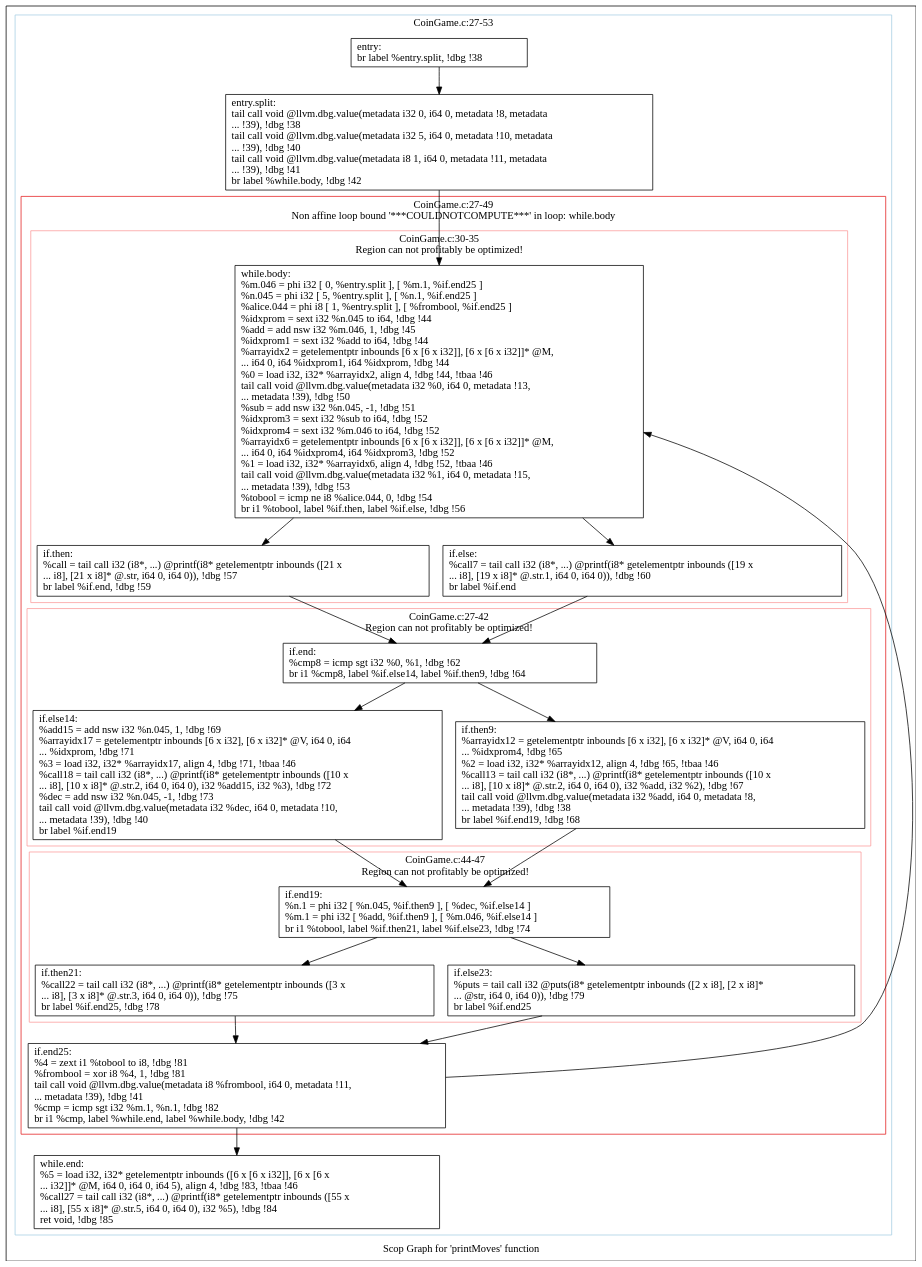
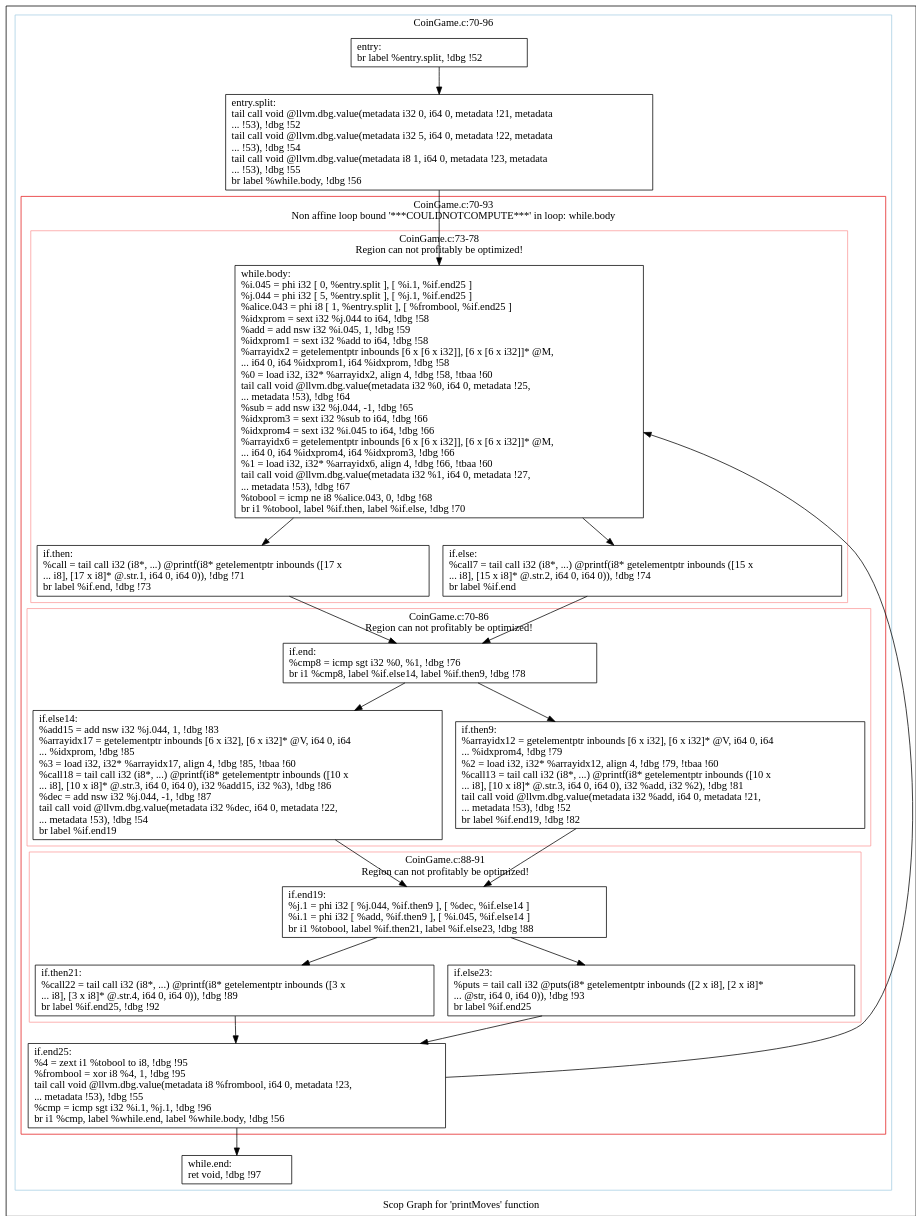
The diagram in polly/CoinGame/impl/handwritten/dot/scops.printMoves.dot (samminweng/WhileyOpenCL), drawn with Graphviz before and after one commit. The commit also changed 20 other files, not shown here.

First line of the commit message:
Updated CoinGame C file to calculate and check player's total coins

```diff
--- a/polly/CoinGame/impl/handwritten/dot/scops.printMoves.dot
+++ b/polly/CoinGame/impl/handwritten/dot/scops.printMoves.dot
@@ -1,77 +1,77 @@
 digraph "Scop Graph for 'printMoves' function" {
 	label="Scop Graph for 'printMoves' function";
 
-	Node0xb013980 [shape=record,label="{entry:\l  br label %entry.split, !dbg !38\l}"];
-	Node0xb013980 -> Node0xb014180;
-	Node0xb014180 [shape=record,label="{entry.split:                                      \l  tail call void @llvm.dbg.value(metadata i32 0, i64 0, metadata !8, metadata\l... !39), !dbg !38\l  tail call void @llvm.dbg.value(metadata i32 5, i64 0, metadata !10, metadata\l... !39), !dbg !40\l  tail call void @llvm.dbg.value(metadata i8 1, i64 0, metadata !11, metadata\l... !39), !dbg !41\l  br label %while.body, !dbg !42\l}"];
-	Node0xb014180 -> Node0xb023320;
-	Node0xb023320 [shape=record,label="{while.body:                                       \l  %m.046 = phi i32 [ 0, %entry.split ], [ %m.1, %if.end25 ]\l  %n.045 = phi i32 [ 5, %entry.split ], [ %n.1, %if.end25 ]\l  %alice.044 = phi i8 [ 1, %entry.split ], [ %frombool, %if.end25 ]\l  %idxprom = sext i32 %n.045 to i64, !dbg !44\l  %add = add nsw i32 %m.046, 1, !dbg !45\l  %idxprom1 = sext i32 %add to i64, !dbg !44\l  %arrayidx2 = getelementptr inbounds [6 x [6 x i32]], [6 x [6 x i32]]* @M,\l... i64 0, i64 %idxprom1, i64 %idxprom, !dbg !44\l  %0 = load i32, i32* %arrayidx2, align 4, !dbg !44, !tbaa !46\l  tail call void @llvm.dbg.value(metadata i32 %0, i64 0, metadata !13,\l... metadata !39), !dbg !50\l  %sub = add nsw i32 %n.045, -1, !dbg !51\l  %idxprom3 = sext i32 %sub to i64, !dbg !52\l  %idxprom4 = sext i32 %m.046 to i64, !dbg !52\l  %arrayidx6 = getelementptr inbounds [6 x [6 x i32]], [6 x [6 x i32]]* @M,\l... i64 0, i64 %idxprom4, i64 %idxprom3, !dbg !52\l  %1 = load i32, i32* %arrayidx6, align 4, !dbg !52, !tbaa !46\l  tail call void @llvm.dbg.value(metadata i32 %1, i64 0, metadata !15,\l... metadata !39), !dbg !53\l  %tobool = icmp ne i8 %alice.044, 0, !dbg !54\l  br i1 %tobool, label %if.then, label %if.else, !dbg !56\l}"];
-	Node0xb023320 -> Node0xb031490;
-	Node0xb023320 -> Node0xb0306e0;
-	Node0xb031490 [shape=record,label="{if.then:                                          \l  %call = tail call i32 (i8*, ...) @printf(i8* getelementptr inbounds ([21 x\l... i8], [21 x i8]* @.str, i64 0, i64 0)), !dbg !57\l  br label %if.end, !dbg !59\l}"];
-	Node0xb031490 -> Node0xb0b59d0;
-	Node0xb0b59d0 [shape=record,label="{if.end:                                           \l  %cmp8 = icmp sgt i32 %0, %1, !dbg !62\l  br i1 %cmp8, label %if.else14, label %if.then9, !dbg !64\l}"];
-	Node0xb0b59d0 -> Node0xb022f40;
-	Node0xb0b59d0 -> Node0xb0ca610;
-	Node0xb022f40 [shape=record,label="{if.else14:                                        \l  %add15 = add nsw i32 %n.045, 1, !dbg !69\l  %arrayidx17 = getelementptr inbounds [6 x i32], [6 x i32]* @V, i64 0, i64\l... %idxprom, !dbg !71\l  %3 = load i32, i32* %arrayidx17, align 4, !dbg !71, !tbaa !46\l  %call18 = tail call i32 (i8*, ...) @printf(i8* getelementptr inbounds ([10 x\l... i8], [10 x i8]* @.str.2, i64 0, i64 0), i32 %add15, i32 %3), !dbg !72\l  %dec = add nsw i32 %n.045, -1, !dbg !73\l  tail call void @llvm.dbg.value(metadata i32 %dec, i64 0, metadata !10,\l... metadata !39), !dbg !40\l  br label %if.end19\l}"];
-	Node0xb022f40 -> Node0xb012360;
-	Node0xb012360 [shape=record,label="{if.end19:                                         \l  %n.1 = phi i32 [ %n.045, %if.then9 ], [ %dec, %if.else14 ]\l  %m.1 = phi i32 [ %add, %if.then9 ], [ %m.046, %if.else14 ]\l  br i1 %tobool, label %if.then21, label %if.else23, !dbg !74\l}"];
-	Node0xb012360 -> Node0xb013350;
-	Node0xb012360 -> Node0xb0b5dc0;
-	Node0xb013350 [shape=record,label="{if.then21:                                        \l  %call22 = tail call i32 (i8*, ...) @printf(i8* getelementptr inbounds ([3 x\l... i8], [3 x i8]* @.str.3, i64 0, i64 0)), !dbg !75\l  br label %if.end25, !dbg !78\l}"];
-	Node0xb013350 -> Node0xb027950;
-	Node0xb027950 [shape=record,label="{if.end25:                                         \l  %4 = zext i1 %tobool to i8, !dbg !81\l  %frombool = xor i8 %4, 1, !dbg !81\l  tail call void @llvm.dbg.value(metadata i8 %frombool, i64 0, metadata !11,\l... metadata !39), !dbg !41\l  %cmp = icmp sgt i32 %m.1, %n.1, !dbg !82\l  br i1 %cmp, label %while.end, label %while.body, !dbg !42\l}"];
-	Node0xb027950 -> Node0xb01f150;
-	Node0xb027950 -> Node0xb023320[constraint=false];
-	Node0xb01f150 [shape=record,label="{while.end:                                        \l  %5 = load i32, i32* getelementptr inbounds ([6 x [6 x i32]], [6 x [6 x\l... i32]]* @M, i64 0, i64 0, i64 5), align 4, !dbg !83, !tbaa !46\l  %call27 = tail call i32 (i8*, ...) @printf(i8* getelementptr inbounds ([55 x\l... i8], [55 x i8]* @.str.5, i64 0, i64 0), i32 %5), !dbg !84\l  ret void, !dbg !85\l}"];
-	Node0xb0b5dc0 [shape=record,label="{if.else23:                                        \l  %puts = tail call i32 @puts(i8* getelementptr inbounds ([2 x i8], [2 x i8]*\l... @str, i64 0, i64 0)), !dbg !79\l  br label %if.end25\l}"];
-	Node0xb0b5dc0 -> Node0xb027950;
-	Node0xb0ca610 [shape=record,label="{if.then9:                                         \l  %arrayidx12 = getelementptr inbounds [6 x i32], [6 x i32]* @V, i64 0, i64\l... %idxprom4, !dbg !65\l  %2 = load i32, i32* %arrayidx12, align 4, !dbg !65, !tbaa !46\l  %call13 = tail call i32 (i8*, ...) @printf(i8* getelementptr inbounds ([10 x\l... i8], [10 x i8]* @.str.2, i64 0, i64 0), i32 %add, i32 %2), !dbg !67\l  tail call void @llvm.dbg.value(metadata i32 %add, i64 0, metadata !8,\l... metadata !39), !dbg !38\l  br label %if.end19, !dbg !68\l}"];
-	Node0xb0ca610 -> Node0xb012360;
-	Node0xb0306e0 [shape=record,label="{if.else:                                          \l  %call7 = tail call i32 (i8*, ...) @printf(i8* getelementptr inbounds ([19 x\l... i8], [19 x i8]* @.str.1, i64 0, i64 0)), !dbg !60\l  br label %if.end\l}"];
-	Node0xb0306e0 -> Node0xb0b59d0;
+	Node0x94715f0 [shape=record,label="{entry:\l  br label %entry.split, !dbg !52\l}"];
+	Node0x94715f0 -> Node0x93cfc20;
+	Node0x93cfc20 [shape=record,label="{entry.split:                                      \l  tail call void @llvm.dbg.value(metadata i32 0, i64 0, metadata !21, metadata\l... !53), !dbg !52\l  tail call void @llvm.dbg.value(metadata i32 5, i64 0, metadata !22, metadata\l... !53), !dbg !54\l  tail call void @llvm.dbg.value(metadata i8 1, i64 0, metadata !23, metadata\l... !53), !dbg !55\l  br label %while.body, !dbg !56\l}"];
+	Node0x93cfc20 -> Node0x93cf430;
+	Node0x93cf430 [shape=record,label="{while.body:                                       \l  %i.045 = phi i32 [ 0, %entry.split ], [ %i.1, %if.end25 ]\l  %j.044 = phi i32 [ 5, %entry.split ], [ %j.1, %if.end25 ]\l  %alice.043 = phi i8 [ 1, %entry.split ], [ %frombool, %if.end25 ]\l  %idxprom = sext i32 %j.044 to i64, !dbg !58\l  %add = add nsw i32 %i.045, 1, !dbg !59\l  %idxprom1 = sext i32 %add to i64, !dbg !58\l  %arrayidx2 = getelementptr inbounds [6 x [6 x i32]], [6 x [6 x i32]]* @M,\l... i64 0, i64 %idxprom1, i64 %idxprom, !dbg !58\l  %0 = load i32, i32* %arrayidx2, align 4, !dbg !58, !tbaa !60\l  tail call void @llvm.dbg.value(metadata i32 %0, i64 0, metadata !25,\l... metadata !53), !dbg !64\l  %sub = add nsw i32 %j.044, -1, !dbg !65\l  %idxprom3 = sext i32 %sub to i64, !dbg !66\l  %idxprom4 = sext i32 %i.045 to i64, !dbg !66\l  %arrayidx6 = getelementptr inbounds [6 x [6 x i32]], [6 x [6 x i32]]* @M,\l... i64 0, i64 %idxprom4, i64 %idxprom3, !dbg !66\l  %1 = load i32, i32* %arrayidx6, align 4, !dbg !66, !tbaa !60\l  tail call void @llvm.dbg.value(metadata i32 %1, i64 0, metadata !27,\l... metadata !53), !dbg !67\l  %tobool = icmp ne i8 %alice.043, 0, !dbg !68\l  br i1 %tobool, label %if.then, label %if.else, !dbg !70\l}"];
+	Node0x93cf430 -> Node0x93c9db0;
+	Node0x93cf430 -> Node0x93c6700;
+	Node0x93c9db0 [shape=record,label="{if.then:                                          \l  %call = tail call i32 (i8*, ...) @printf(i8* getelementptr inbounds ([17 x\l... i8], [17 x i8]* @.str.1, i64 0, i64 0)), !dbg !71\l  br label %if.end, !dbg !73\l}"];
+	Node0x93c9db0 -> Node0x93c6720;
+	Node0x93c6720 [shape=record,label="{if.end:                                           \l  %cmp8 = icmp sgt i32 %0, %1, !dbg !76\l  br i1 %cmp8, label %if.else14, label %if.then9, !dbg !78\l}"];
+	Node0x93c6720 -> Node0x93cddf0;
+	Node0x93c6720 -> Node0x93cde10;
+	Node0x93cddf0 [shape=record,label="{if.else14:                                        \l  %add15 = add nsw i32 %j.044, 1, !dbg !83\l  %arrayidx17 = getelementptr inbounds [6 x i32], [6 x i32]* @V, i64 0, i64\l... %idxprom, !dbg !85\l  %3 = load i32, i32* %arrayidx17, align 4, !dbg !85, !tbaa !60\l  %call18 = tail call i32 (i8*, ...) @printf(i8* getelementptr inbounds ([10 x\l... i8], [10 x i8]* @.str.3, i64 0, i64 0), i32 %add15, i32 %3), !dbg !86\l  %dec = add nsw i32 %j.044, -1, !dbg !87\l  tail call void @llvm.dbg.value(metadata i32 %dec, i64 0, metadata !22,\l... metadata !53), !dbg !54\l  br label %if.end19\l}"];
+	Node0x93cddf0 -> Node0x948bcd0;
+	Node0x948bcd0 [shape=record,label="{if.end19:                                         \l  %j.1 = phi i32 [ %j.044, %if.then9 ], [ %dec, %if.else14 ]\l  %i.1 = phi i32 [ %add, %if.then9 ], [ %i.045, %if.else14 ]\l  br i1 %tobool, label %if.then21, label %if.else23, !dbg !88\l}"];
+	Node0x948bcd0 -> Node0x93d8910;
+	Node0x948bcd0 -> Node0x93c5c20;
+	Node0x93d8910 [shape=record,label="{if.then21:                                        \l  %call22 = tail call i32 (i8*, ...) @printf(i8* getelementptr inbounds ([3 x\l... i8], [3 x i8]* @.str.4, i64 0, i64 0)), !dbg !89\l  br label %if.end25, !dbg !92\l}"];
+	Node0x93d8910 -> Node0x93bf970;
+	Node0x93bf970 [shape=record,label="{if.end25:                                         \l  %4 = zext i1 %tobool to i8, !dbg !95\l  %frombool = xor i8 %4, 1, !dbg !95\l  tail call void @llvm.dbg.value(metadata i8 %frombool, i64 0, metadata !23,\l... metadata !53), !dbg !55\l  %cmp = icmp sgt i32 %i.1, %j.1, !dbg !96\l  br i1 %cmp, label %while.end, label %while.body, !dbg !56\l}"];
+	Node0x93bf970 -> Node0x93cb240;
+	Node0x93bf970 -> Node0x93cf430[constraint=false];
+	Node0x93cb240 [shape=record,label="{while.end:                                        \l  ret void, !dbg !97\l}"];
+	Node0x93c5c20 [shape=record,label="{if.else23:                                        \l  %puts = tail call i32 @puts(i8* getelementptr inbounds ([2 x i8], [2 x i8]*\l... @str, i64 0, i64 0)), !dbg !93\l  br label %if.end25\l}"];
+	Node0x93c5c20 -> Node0x93bf970;
+	Node0x93cde10 [shape=record,label="{if.then9:                                         \l  %arrayidx12 = getelementptr inbounds [6 x i32], [6 x i32]* @V, i64 0, i64\l... %idxprom4, !dbg !79\l  %2 = load i32, i32* %arrayidx12, align 4, !dbg !79, !tbaa !60\l  %call13 = tail call i32 (i8*, ...) @printf(i8* getelementptr inbounds ([10 x\l... i8], [10 x i8]* @.str.3, i64 0, i64 0), i32 %add, i32 %2), !dbg !81\l  tail call void @llvm.dbg.value(metadata i32 %add, i64 0, metadata !21,\l... metadata !53), !dbg !52\l  br label %if.end19, !dbg !82\l}"];
+	Node0x93cde10 -> Node0x948bcd0;
+	Node0x93c6700 [shape=record,label="{if.else:                                          \l  %call7 = tail call i32 (i8*, ...) @printf(i8* getelementptr inbounds ([15 x\l... i8], [15 x i8]* @.str.2, i64 0, i64 0)), !dbg !74\l  br label %if.end\l}"];
+	Node0x93c6700 -> Node0x93c6720;
 	colorscheme = "paired12"
-        subgraph cluster_0xaf9b1b0 {
-          label = "CoinGame.c:27-53
+        subgraph cluster_0x93be7a0 {
+          label = "CoinGame.c:70-96
 ";
           style = solid;
           color = 1
-          subgraph cluster_0xb0261b0 {
-            label = "CoinGame.c:27-49
+          subgraph cluster_0x93c4fe0 {
+            label = "CoinGame.c:70-93
 Non affine loop bound '***COULDNOTCOMPUTE***' in loop: while.body";
             style = solid;
             color = 6
-            subgraph cluster_0xb021710 {
-              label = "CoinGame.c:30-35
+            subgraph cluster_0x948f740 {
+              label = "CoinGame.c:73-78
 Region can not profitably be optimized!";
               style = solid;
               color = 5
-              Node0xb023320;
-              Node0xb031490;
-              Node0xb0306e0;
+              Node0x93cf430;
+              Node0x93c9db0;
+              Node0x93c6700;
             }
-            subgraph cluster_0xb028a30 {
-              label = "CoinGame.c:27-42
+            subgraph cluster_0x948bc50 {
+              label = "CoinGame.c:70-86
 Region can not profitably be optimized!";
               style = solid;
               color = 5
-              Node0xb0b59d0;
-              Node0xb022f40;
-              Node0xb0ca610;
+              Node0x93c6720;
+              Node0x93cddf0;
+              Node0x93cde10;
             }
-            subgraph cluster_0xb030cf0 {
-              label = "CoinGame.c:44-47
+            subgraph cluster_0x93b9f60 {
+              label = "CoinGame.c:88-91
 Region can not profitably be optimized!";
               style = solid;
               color = 5
-              Node0xb012360;
-              Node0xb013350;
-              Node0xb0b5dc0;
+              Node0x948bcd0;
+              Node0x93d8910;
+              Node0x93c5c20;
             }
-            Node0xb027950;
+            Node0x93bf970;
           }
-          Node0xb013980;
-          Node0xb014180;
-          Node0xb01f150;
+          Node0x94715f0;
+          Node0x93cfc20;
+          Node0x93cb240;
         }
 }
```
